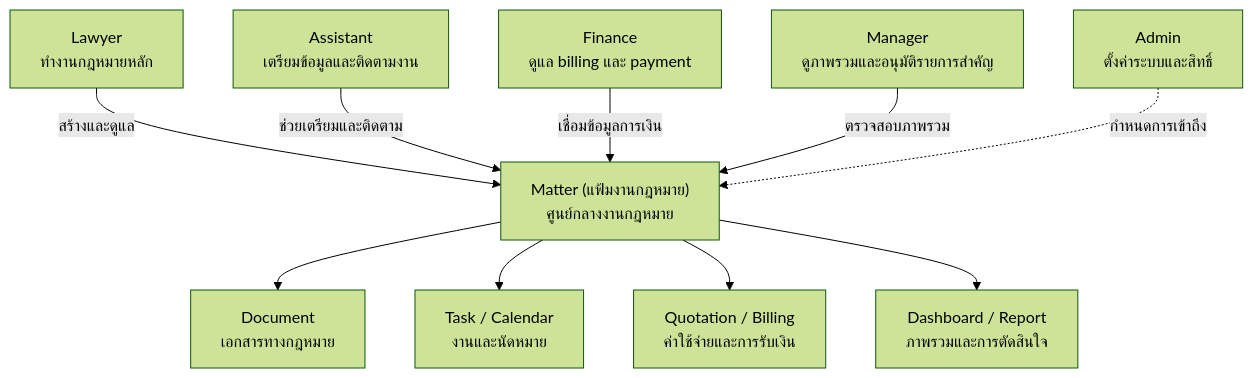
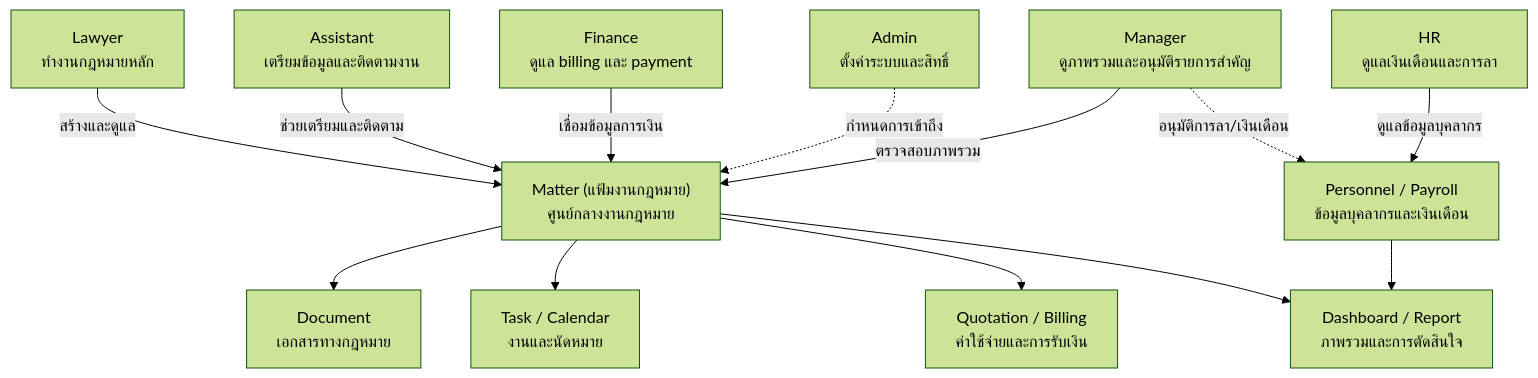
Before and after one commit to yukasung/legal_erp_docs: the diagram in docs/app/docs/roles/roles/page.mdx, drawn with Mermaid (forest theme). The commit also changed other lines of this file and 5 other files, not shown here.

Commit message:
Update architecture and roles docs for HR and time tracking

````diff
--- a/docs/app/docs/roles/roles/page.mdx
+++ b/docs/app/docs/roles/roles/page.mdx
@@ -11,26 +11,31 @@
 ```mermaid
 flowchart TB
   Matter["Matter (แฟ้มงานกฎหมาย)<br/>ศูนย์กลางงานกฎหมาย"]
 
   Lawyer["Lawyer<br/>ทำงานกฎหมายหลัก"]
   Assistant["Assistant<br/>เตรียมข้อมูลและติดตามงาน"]
   Finance["Finance<br/>ดูแล billing และ payment"]
+  HR["HR<br/>ดูแลเงินเดือนและการลา"]
   Manager["Manager<br/>ดูภาพรวมและอนุมัติรายการสำคัญ"]
   Admin["Admin<br/>ตั้งค่าระบบและสิทธิ์"]
 
   Document["Document<br/>เอกสารทางกฎหมาย"]
   Task["Task / Calendar<br/>งานและนัดหมาย"]
   Billing["Quotation / Billing<br/>ค่าใช้จ่ายและการรับเงิน"]
   Report["Dashboard / Report<br/>ภาพรวมและการตัดสินใจ"]
+  Personnel["Personnel / Payroll<br/>ข้อมูลบุคลากรและเงินเดือน"]
 
   Lawyer -->|"สร้างและดูแล"| Matter
   Assistant -->|"ช่วยเตรียมและติดตาม"| Matter
   Finance -->|"เชื่อมข้อมูลการเงิน"| Matter
   Manager -->|"ตรวจสอบภาพรวม"| Matter
   Admin -. "กำหนดการเข้าถึง" .-> Matter
+  HR -->|"ดูแลข้อมูลบุคลากร"| Personnel
+  Manager -.->|"อนุมัติการลา/เงินเดือน"| Personnel
 
   Matter --> Document
   Matter --> Task
   Matter --> Billing
   Matter --> Report
+  Personnel --> Report
 ```
````
